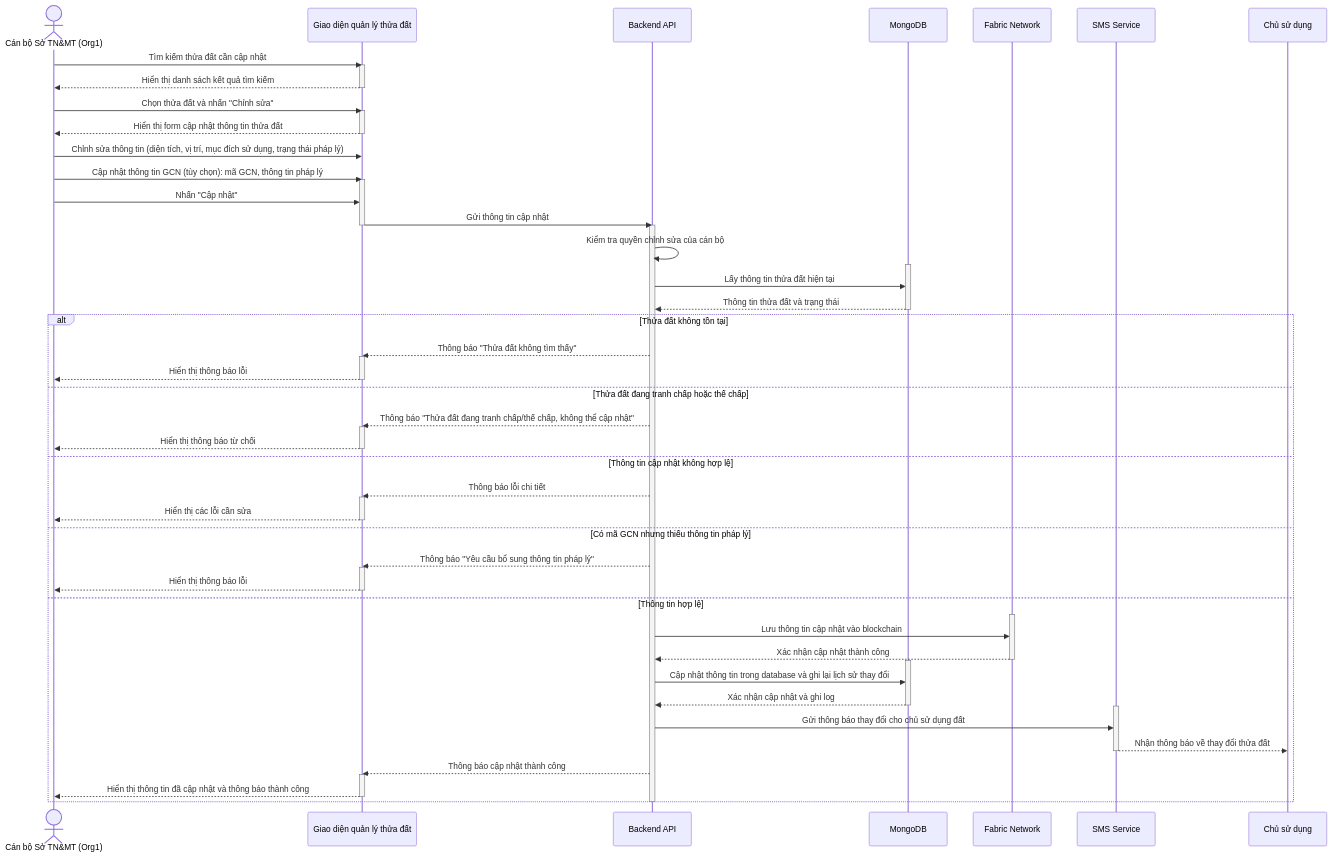
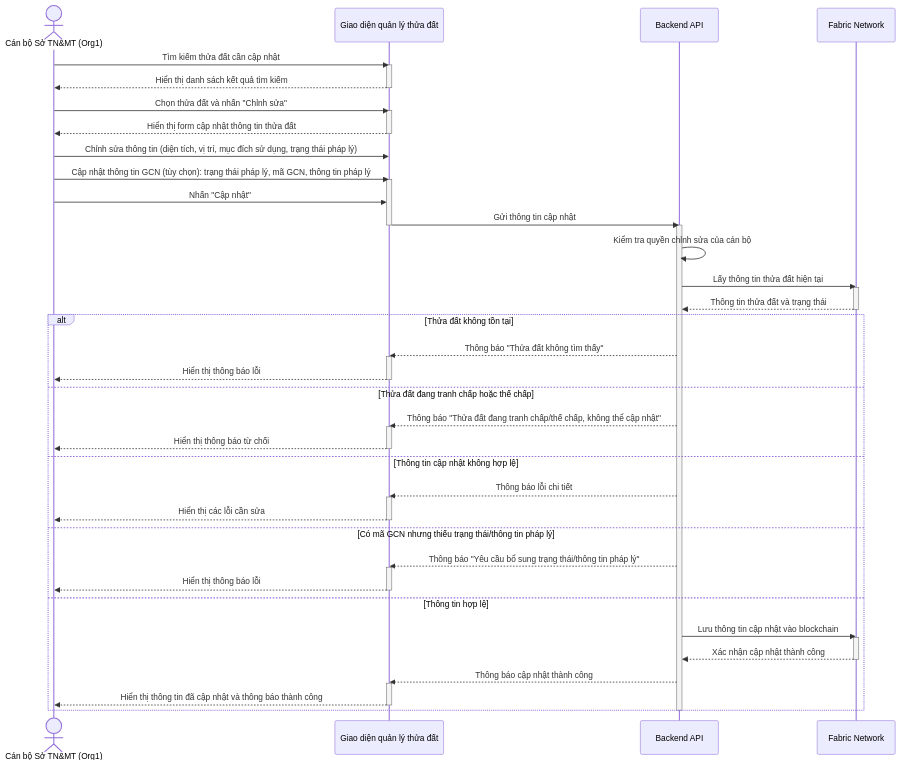
Before and after one commit to Thienpkae/DATN: the tenth of 39 diagrams in Complete_Use_Case_Sequence_Diagrams.md, drawn with Mermaid. The commit also changed other lines of this file and 50 other files, not shown here.

````diff
--- a/Complete_Use_Case_Sequence_Diagrams.md
+++ b/Complete_Use_Case_Sequence_Diagrams.md
@@ -858,78 +741,67 @@
 ```mermaid
 sequenceDiagram
     actor Officer as Cán bộ Sở TN&MT (Org1)
     participant UI as Giao diện quản lý thửa đất
     participant API as Backend API
-    participant DB as MongoDB
     participant Blockchain as Fabric Network
-    participant SMS as SMS Service
 
     Officer ->> UI: Tìm kiếm thửa đất cần cập nhật
     activate UI
     UI -->> Officer: Hiển thị danh sách kết quả tìm kiếm
     deactivate UI
 
     Officer ->> UI: Chọn thửa đất và nhấn "Chỉnh sửa"
     activate UI
     UI -->> Officer: Hiển thị form cập nhật thông tin thửa đất
     deactivate UI
 
     Officer ->> UI: Chỉnh sửa thông tin (diện tích, vị trí, mục đích sử dụng, trạng thái pháp lý)
-    Officer ->> UI: Cập nhật thông tin GCN (tùy chọn): mã GCN, thông tin pháp lý
+    Officer ->> UI: Cập nhật thông tin GCN (tùy chọn): trạng thái pháp lý, mã GCN, thông tin pháp lý
     activate UI
     Officer ->> UI: Nhấn "Cập nhật"
     UI ->> API: Gửi thông tin cập nhật
     deactivate UI
 
     activate API
     API ->> API: Kiểm tra quyền chỉnh sửa của cán bộ
 
-    activate DB
-    API ->> DB: Lấy thông tin thửa đất hiện tại
-    DB -->> API: Thông tin thửa đất và trạng thái
-    deactivate DB
+    API ->> Blockchain: Lấy thông tin thửa đất hiện tại
+    activate Blockchain
+    Blockchain -->> API: Thông tin thửa đất và trạng thái
+    deactivate Blockchain
 
     alt Thửa đất không tồn tại
         API -->> UI: Thông báo "Thửa đất không tìm thấy"
         activate UI
         UI -->> Officer: Hiển thị thông báo lỗi
         deactivate UI
     else Thửa đất đang tranh chấp hoặc thế chấp
         API -->> UI: Thông báo "Thửa đất đang tranh chấp/thế chấp, không thể cập nhật"
         activate UI
         UI -->> Officer: Hiển thị thông báo từ chối
         deactivate UI
     else Thông tin cập nhật không hợp lệ
         API -->> UI: Thông báo lỗi chi tiết
         activate UI
         UI -->> Officer: Hiển thị các lỗi cần sửa
         deactivate UI
-    else Có mã GCN nhưng thiếu thông tin pháp lý
-        API -->> UI: Thông báo "Yêu cầu bổ sung thông tin pháp lý"
+    else Có mã GCN nhưng thiếu trạng thái/thông tin pháp lý
+        API -->> UI: Thông báo "Yêu cầu bổ sung trạng thái/thông tin pháp lý"
         activate UI
         UI -->> Officer: Hiển thị thông báo lỗi
         deactivate UI
     else Thông tin hợp lệ
+        API ->> Blockchain: Lưu thông tin cập nhật vào blockchain
         activate Blockchain
-        API ->> Blockchain: Lưu thông tin cập nhật vào blockchain
         Blockchain -->> API: Xác nhận cập nhật thành công
         deactivate Blockchain
-
-        activate DB
-        API ->> DB: Cập nhật thông tin trong database và ghi lại lịch sử thay đổi
-        DB -->> API: Xác nhận cập nhật và ghi log
-        deactivate DB
-
-        activate SMS
-        API ->> SMS: Gửi thông báo thay đổi cho chủ sử dụng đất
-        SMS -->> Chủ sử dụng: Nhận thông báo về thay đổi thửa đất
-        deactivate SMS
 
         API -->> UI: Thông báo cập nhật thành công
         activate UI
         UI -->> Officer: Hiển thị thông tin đã cập nhật và thông báo thành công
         deactivate UI
     end
 
     deactivate API
+
 ```
````
